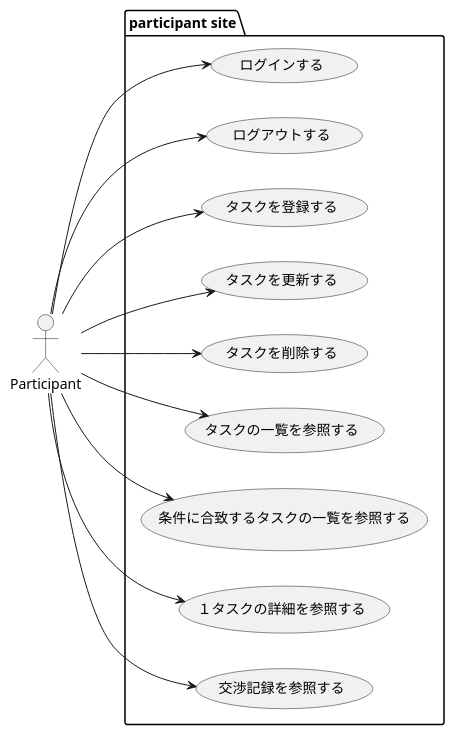
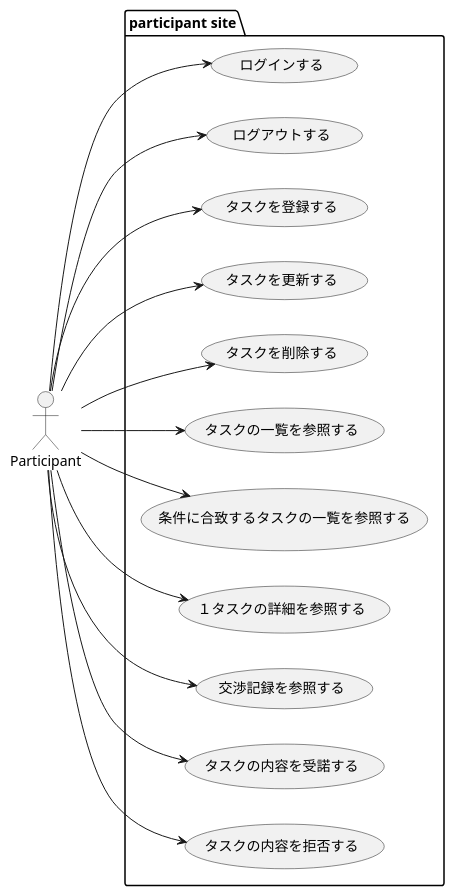
Before and after one commit to sky0621/familiagildo: the diagram in design/usecase/participant/usecase.puml, drawn with PlantUML. The commit also changed 1 other file, not shown here.

```diff
--- a/design/usecase/participant/usecase.puml
+++ b/design/usecase/participant/usecase.puml
@@ -1,29 +1,33 @@
 @startuml
 
 left to right direction
 
 actor Participant as p
 
 package "participant site" {
     usecase "ログインする" as loginByParticipant
     usecase "ログアウトする" as logoutByParticipant
     usecase "タスクを登録する" as createMyTaskByParticipant
     usecase "タスクを更新する" as updateMyTaskByParticipant
     usecase "タスクを削除する" as deleteMyTaskByParticipant
     usecase "タスクの一覧を参照する" as listTaskByParticipant
     usecase "条件に合致するタスクの一覧を参照する" as findTaskByParticipant
     usecase "１タスクの詳細を参照する" as getTaskByParticipant
     usecase "交渉記録を参照する" as getNegotiationRecordByParticipant
+    usecase "タスクの内容を受諾する" as acceptTaskByParticipant
+    usecase "タスクの内容を拒否する" as rejectTaskByParticipant
 }
 
 p --> loginByParticipant
 p --> logoutByParticipant
 p --> createMyTaskByParticipant
 p --> updateMyTaskByParticipant
 p --> deleteMyTaskByParticipant
 p --> listTaskByParticipant
 p --> findTaskByParticipant
 p --> getTaskByParticipant
 p --> getNegotiationRecordByParticipant
+p --> acceptTaskByParticipant
+p --> rejectTaskByParticipant
 
 @enduml
```
